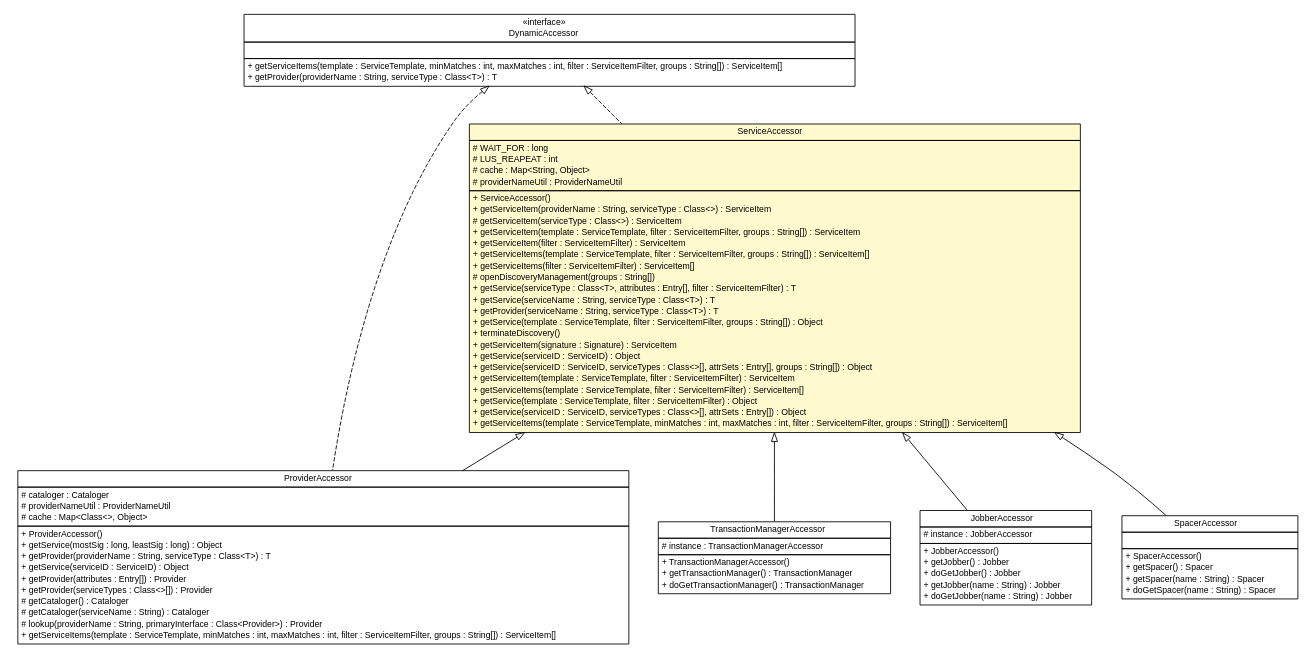
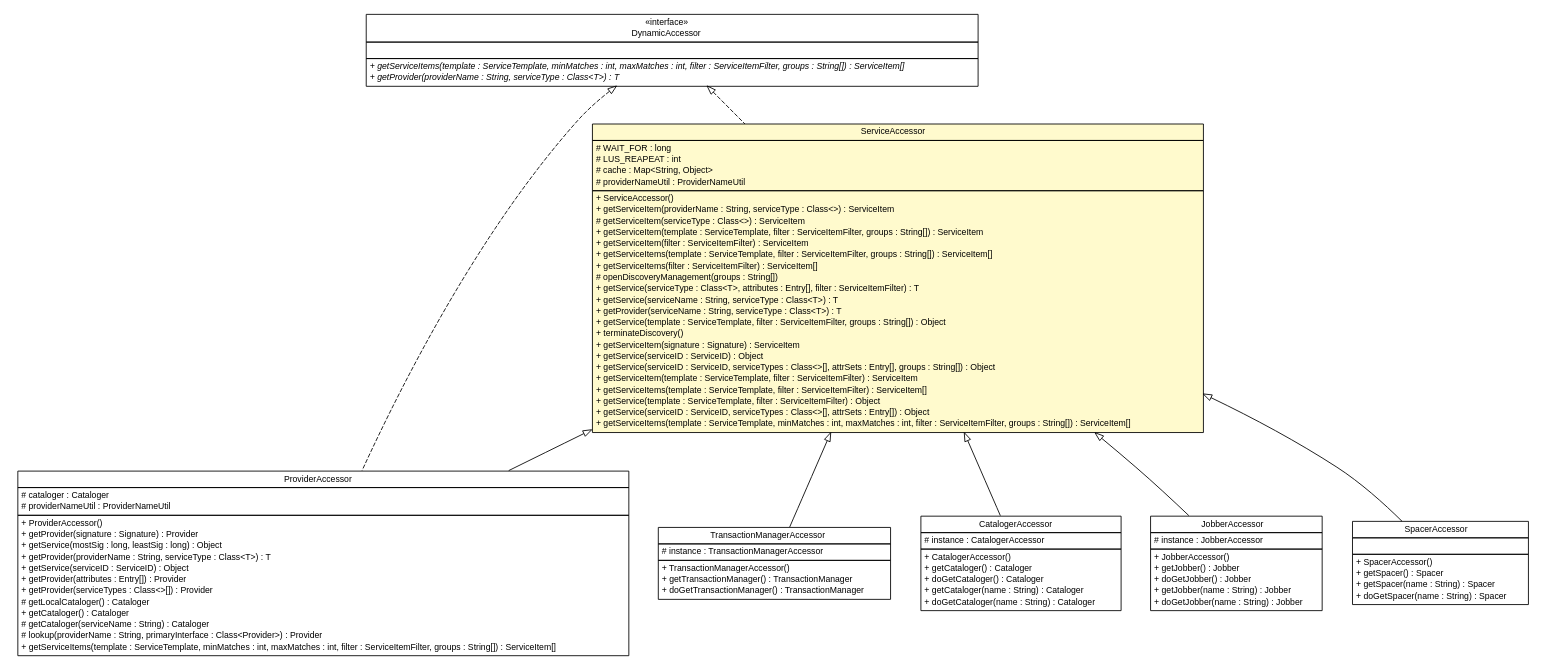
The diagram in apidocs/sorcer/util/ServiceAccessor.dot (sorcersoft/sorcersoft.github.io), drawn with Graphviz before and after one commit. The commit also changed 3895 other files, not shown here.

```diff
--- a/apidocs/sorcer/util/ServiceAccessor.dot
+++ b/apidocs/sorcer/util/ServiceAccessor.dot
@@ -10,30 +10,31 @@
 	nodesep=0.25;
 	ranksep=0.5;
 	// sorcer.util.ProviderAccessor
-	c456421 [label=<<table title="sorcer.util.ProviderAccessor" border="0" cellborder="1" cellspacing="0" cellpadding="2" port="p" href="./ProviderAccessor.html">
+	c487577 [label=<<table title="sorcer.util.ProviderAccessor" border="0" cellborder="1" cellspacing="0" cellpadding="2" port="p" href="./ProviderAccessor.html">
 		<tr><td><table border="0" cellspacing="0" cellpadding="1">
 <tr><td align="center" balign="center"> ProviderAccessor </td></tr>
 		</table></td></tr>
 		<tr><td><table border="0" cellspacing="0" cellpadding="1">
 <tr><td align="left" balign="left"> # cataloger : Cataloger </td></tr>
 <tr><td align="left" balign="left"> # providerNameUtil : ProviderNameUtil </td></tr>
-<tr><td align="left" balign="left"> # cache : Map&lt;Class&lt;&gt;, Object&gt; </td></tr>
 		</table></td></tr>
 		<tr><td><table border="0" cellspacing="0" cellpadding="1">
 <tr><td align="left" balign="left"> + ProviderAccessor() </td></tr>
+<tr><td align="left" balign="left"> + getProvider(signature : Signature) : Provider </td></tr>
 <tr><td align="left" balign="left"> + getService(mostSig : long, leastSig : long) : Object </td></tr>
 <tr><td align="left" balign="left"> + getProvider(providerName : String, serviceType : Class&lt;T&gt;) : T </td></tr>
 <tr><td align="left" balign="left"> + getService(serviceID : ServiceID) : Object </td></tr>
 <tr><td align="left" balign="left"> + getProvider(attributes : Entry[]) : Provider </td></tr>
 <tr><td align="left" balign="left"> + getProvider(serviceTypes : Class&lt;&gt;[]) : Provider </td></tr>
-<tr><td align="left" balign="left"> # getCataloger() : Cataloger </td></tr>
+<tr><td align="left" balign="left"> # getLocalCataloger() : Cataloger </td></tr>
+<tr><td align="left" balign="left"> + getCataloger() : Cataloger </td></tr>
 <tr><td align="left" balign="left"> # getCataloger(serviceName : String) : Cataloger </td></tr>
 <tr><td align="left" balign="left"> # lookup(providerName : String, primaryInterface : Class&lt;Provider&gt;) : Provider </td></tr>
 <tr><td align="left" balign="left"> + getServiceItems(template : ServiceTemplate, minMatches : int, maxMatches : int, filter : ServiceItemFilter, groups : String[]) : ServiceItem[] </td></tr>
 		</table></td></tr>
 		</table>>, URL="./ProviderAccessor.html", fontname="Helvetica", fontcolor="black", fontsize=10.0];
 	// sorcer.util.ServiceAccessor
-	c456441 [label=<<table title="sorcer.util.ServiceAccessor" border="0" cellborder="1" cellspacing="0" cellpadding="2" port="p" bgcolor="lemonChiffon" href="./ServiceAccessor.html">
+	c487594 [label=<<table title="sorcer.util.ServiceAccessor" border="0" cellborder="1" cellspacing="0" cellpadding="2" port="p" bgcolor="lemonChiffon" href="./ServiceAccessor.html">
 		<tr><td><table border="0" cellspacing="0" cellpadding="1">
 <tr><td align="center" balign="center"> ServiceAccessor </td></tr>
 		</table></td></tr>
@@ -68,7 +69,7 @@
 		</table></td></tr>
 		</table>>, URL="./ServiceAccessor.html", fontname="Helvetica", fontcolor="black", fontsize=10.0];
 	// sorcer.service.DynamicAccessor
-	c456520 [label=<<table title="sorcer.service.DynamicAccessor" border="0" cellborder="1" cellspacing="0" cellpadding="2" port="p" href="../service/DynamicAccessor.html">
+	c487829 [label=<<table title="sorcer.service.DynamicAccessor" border="0" cellborder="1" cellspacing="0" cellpadding="2" port="p" href="../service/DynamicAccessor.html">
 		<tr><td><table border="0" cellspacing="0" cellpadding="1">
 <tr><td align="center" balign="center"> &#171;interface&#187; </td></tr>
 <tr><td align="center" balign="center"> DynamicAccessor </td></tr>
@@ -77,12 +78,12 @@
 <tr><td align="left" balign="left">  </td></tr>
 		</table></td></tr>
 		<tr><td><table border="0" cellspacing="0" cellpadding="1">
-<tr><td align="left" balign="left"> + getServiceItems(template : ServiceTemplate, minMatches : int, maxMatches : int, filter : ServiceItemFilter, groups : String[]) : ServiceItem[] </td></tr>
-<tr><td align="left" balign="left"> + getProvider(providerName : String, serviceType : Class&lt;T&gt;) : T </td></tr>
+<tr><td align="left" balign="left"><font face="Helvetica-Oblique" point-size="10.0"> + getServiceItems(template : ServiceTemplate, minMatches : int, maxMatches : int, filter : ServiceItemFilter, groups : String[]) : ServiceItem[] </font></td></tr>
+<tr><td align="left" balign="left"><font face="Helvetica-Oblique" point-size="10.0"> + getProvider(providerName : String, serviceType : Class&lt;T&gt;) : T </font></td></tr>
 		</table></td></tr>
 		</table>>, URL="../service/DynamicAccessor.html", fontname="Helvetica", fontcolor="black", fontsize=10.0];
 	// sorcer.service.txmgr.TransactionManagerAccessor
-	c456577 [label=<<table title="sorcer.service.txmgr.TransactionManagerAccessor" border="0" cellborder="1" cellspacing="0" cellpadding="2" port="p" href="../service/txmgr/TransactionManagerAccessor.html">
+	c487851 [label=<<table title="sorcer.service.txmgr.TransactionManagerAccessor" border="0" cellborder="1" cellspacing="0" cellpadding="2" port="p" href="../service/txmgr/TransactionManagerAccessor.html">
 		<tr><td><table border="0" cellspacing="0" cellpadding="1">
 <tr><td align="center" balign="center"> TransactionManagerAccessor </td></tr>
 		</table></td></tr>
@@ -95,8 +96,24 @@
 <tr><td align="left" balign="left"> + doGetTransactionManager() : TransactionManager </td></tr>
 		</table></td></tr>
 		</table>>, URL="../service/txmgr/TransactionManagerAccessor.html", fontname="Helvetica", fontcolor="black", fontsize=10.0];
+	// sorcer.service.cataloger.CatalogerAccessor
+	c488046 [label=<<table title="sorcer.service.cataloger.CatalogerAccessor" border="0" cellborder="1" cellspacing="0" cellpadding="2" port="p" href="../service/cataloger/CatalogerAccessor.html">
+		<tr><td><table border="0" cellspacing="0" cellpadding="1">
+<tr><td align="center" balign="center"> CatalogerAccessor </td></tr>
+		</table></td></tr>
+		<tr><td><table border="0" cellspacing="0" cellpadding="1">
+<tr><td align="left" balign="left"> # instance : CatalogerAccessor </td></tr>
+		</table></td></tr>
+		<tr><td><table border="0" cellspacing="0" cellpadding="1">
+<tr><td align="left" balign="left"> + CatalogerAccessor() </td></tr>
+<tr><td align="left" balign="left"> + getCataloger() : Cataloger </td></tr>
+<tr><td align="left" balign="left"> + doGetCataloger() : Cataloger </td></tr>
+<tr><td align="left" balign="left"> + getCataloger(name : String) : Cataloger </td></tr>
+<tr><td align="left" balign="left"> + doGetCataloger(name : String) : Cataloger </td></tr>
+		</table></td></tr>
+		</table>>, URL="../service/cataloger/CatalogerAccessor.html", fontname="Helvetica", fontcolor="black", fontsize=10.0];
 	// sorcer.service.jobber.JobberAccessor
-	c456784 [label=<<table title="sorcer.service.jobber.JobberAccessor" border="0" cellborder="1" cellspacing="0" cellpadding="2" port="p" href="../service/jobber/JobberAccessor.html">
+	c488047 [label=<<table title="sorcer.service.jobber.JobberAccessor" border="0" cellborder="1" cellspacing="0" cellpadding="2" port="p" href="../service/jobber/JobberAccessor.html">
 		<tr><td><table border="0" cellspacing="0" cellpadding="1">
 <tr><td align="center" balign="center"> JobberAccessor </td></tr>
 		</table></td></tr>
@@ -112,7 +129,7 @@
 		</table></td></tr>
 		</table>>, URL="../service/jobber/JobberAccessor.html", fontname="Helvetica", fontcolor="black", fontsize=10.0];
 	// sorcer.service.spacer.SpacerAccessor
-	c456786 [label=<<table title="sorcer.service.spacer.SpacerAccessor" border="0" cellborder="1" cellspacing="0" cellpadding="2" port="p" href="../service/spacer/SpacerAccessor.html">
+	c488049 [label=<<table title="sorcer.service.spacer.SpacerAccessor" border="0" cellborder="1" cellspacing="0" cellpadding="2" port="p" href="../service/spacer/SpacerAccessor.html">
 		<tr><td><table border="0" cellspacing="0" cellpadding="1">
 <tr><td align="center" balign="center"> SpacerAccessor </td></tr>
 		</table></td></tr>
@@ -127,15 +144,17 @@
 		</table></td></tr>
 		</table>>, URL="../service/spacer/SpacerAccessor.html", fontname="Helvetica", fontcolor="black", fontsize=10.0];
 	//sorcer.util.ProviderAccessor extends sorcer.util.ServiceAccessor
-	c456441:p -> c456421:p [dir=back,arrowtail=empty];
+	c487594:p -> c487577:p [dir=back,arrowtail=empty];
 	//sorcer.util.ProviderAccessor implements sorcer.service.DynamicAccessor
-	c456520:p -> c456421:p [dir=back,arrowtail=empty,style=dashed];
+	c487829:p -> c487577:p [dir=back,arrowtail=empty,style=dashed];
 	//sorcer.util.ServiceAccessor implements sorcer.service.DynamicAccessor
-	c456520:p -> c456441:p [dir=back,arrowtail=empty,style=dashed];
+	c487829:p -> c487594:p [dir=back,arrowtail=empty,style=dashed];
 	//sorcer.service.txmgr.TransactionManagerAccessor extends sorcer.util.ServiceAccessor
-	c456441:p -> c456577:p [dir=back,arrowtail=empty];
+	c487594:p -> c487851:p [dir=back,arrowtail=empty];
+	//sorcer.service.cataloger.CatalogerAccessor extends sorcer.util.ServiceAccessor
+	c487594:p -> c488046:p [dir=back,arrowtail=empty];
 	//sorcer.service.jobber.JobberAccessor extends sorcer.util.ServiceAccessor
-	c456441:p -> c456784:p [dir=back,arrowtail=empty];
+	c487594:p -> c488047:p [dir=back,arrowtail=empty];
 	//sorcer.service.spacer.SpacerAccessor extends sorcer.util.ServiceAccessor
-	c456441:p -> c456786:p [dir=back,arrowtail=empty];
+	c487594:p -> c488049:p [dir=back,arrowtail=empty];
 }
```
